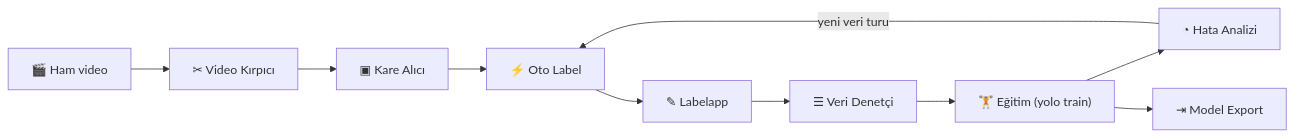
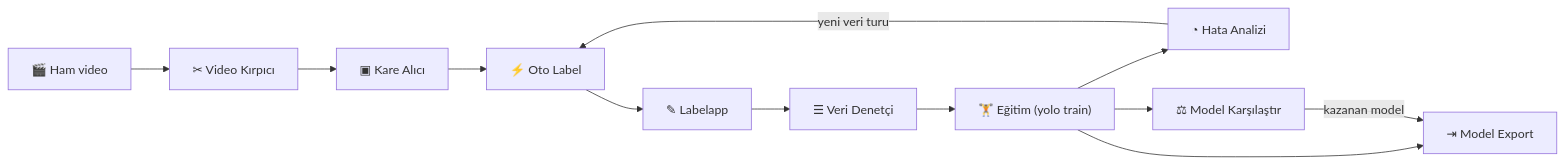
Before and after one commit to mtalhaYAYLA/Boxify: the diagram in README.md, drawn with Mermaid. The commit also changed other lines of this file and 48 other files, not shown here.

First line of the commit message:
Boxify v3.0.0 — Model Karşılaştır aracı, donma düzeltmeleri, tek kod tabanı

````diff
--- a/README.md
+++ b/README.md
@@ -155,12 +167,14 @@
 ```mermaid
 flowchart LR
     A["🎬 Ham video"] --> B["✂ Video Kırpıcı"]
     B --> C["▣ Kare Alıcı"]
     C --> D["⚡ Oto Label"]
     D --> E["✎ Labelapp"]
     E --> F["☰ Veri Denetçi"]
     F --> G["🏋 Eğitim (yolo train)"]
     G --> H["◔ Hata Analizi"]
     H -->|"yeni veri turu"| D
+    G --> J["⚖ Model Karşılaştır"]
     G --> I["⇥ Model Export"]
+    J -->|"kazanan model"| I
 ```
````
